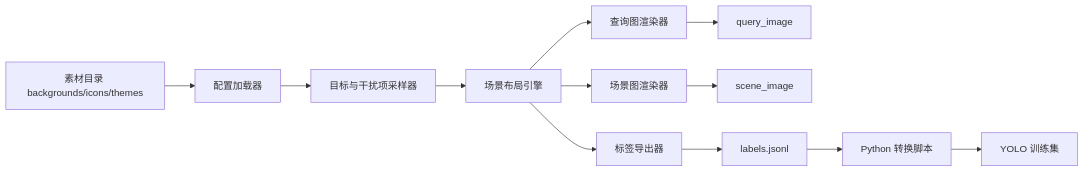
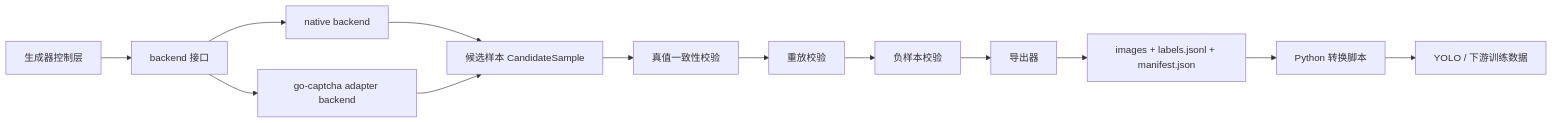
The diagram in docs/04-project-development/04-design/graphic-click-generator-design.md (uroborus2s/sinan-captcha), drawn with Mermaid before and after one commit. The commit also changed other lines of this file and 65 other files, not shown here.

Commit message:
feat(generator): 实现统一 Go 生成器接口与 native backend 支持，新增 gold 真值门禁及批量 QA 审计，支持滑动验证码生成与验证，重构样本记录结构并添加质量检查功能

````diff
--- a/docs/04-project-development/04-design/graphic-click-generator-design.md
+++ b/docs/04-project-development/04-design/graphic-click-generator-design.md
@@ -109,14 +97,15 @@
 ```mermaid
 flowchart LR
-    A["素材目录 backgrounds/icons/themes"] --> B["配置加载器"]
-    B --> C["目标与干扰项采样器"]
-    C --> D["场景布局引擎"]
-    D --> E["查询图渲染器"]
-    D --> F["场景图渲染器"]
-    D --> G["标签导出器"]
-    E --> H["query_image"]
-    F --> I["scene_image"]
-    G --> J["labels.jsonl"]
+    A["生成器控制层"] --> B["backend 接口"]
+    B --> C["native backend"]
+    B --> D["go-captcha adapter backend"]
+    C --> E["候选样本 CandidateSample"]
+    D --> E
+    E --> F["真值一致性校验"]
+    F --> G["重放校验"]
+    G --> H["负样本校验"]
+    H --> I["导出器"]
+    I --> J["images + labels.jsonl + manifest.json"]
     J --> K["Python 转换脚本"]
-    K --> L["YOLO 训练集"]
+    K --> L["YOLO / 下游训练数据"]
 ```
````
